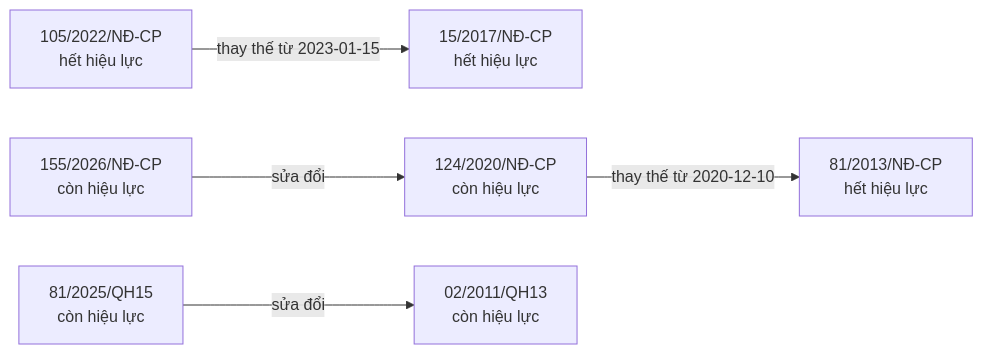
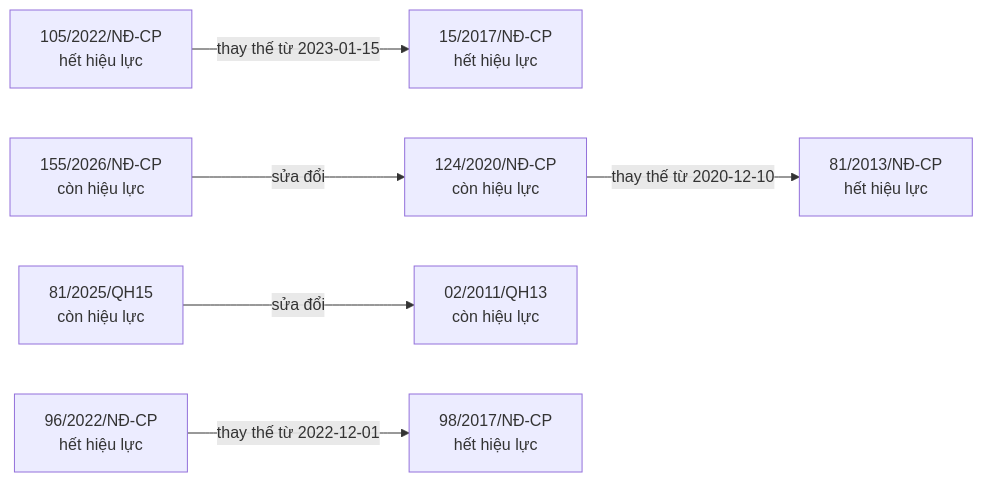
Before and after one commit to ozvietnam/oz-wiki-plhq: the first of 9 diagrams in bao-cao/quan-he.md, drawn with Mermaid. The commit also changed other lines of this file and 7 other files, not shown here.

````diff
--- a/bao-cao/quan-he.md
+++ b/bao-cao/quan-he.md
@@ -7,14 +7,17 @@
 ```mermaid
 flowchart LR
   n_105_2022_N__CP["105/2022/NĐ-CP<br/>hết hiệu lực"]
   n_15_2017_N__CP["15/2017/NĐ-CP<br/>hết hiệu lực"]
   n_124_2020_N__CP["124/2020/NĐ-CP<br/>còn hiệu lực"]
   n_81_2013_N__CP["81/2013/NĐ-CP<br/>hết hiệu lực"]
   n_155_2026_N__CP["155/2026/NĐ-CP<br/>còn hiệu lực"]
   n_81_2025_QH15["81/2025/QH15<br/>còn hiệu lực"]
   n_02_2011_QH13["02/2011/QH13<br/>còn hiệu lực"]
+  n_96_2022_N__CP["96/2022/NĐ-CP<br/>hết hiệu lực"]
+  n_98_2017_N__CP["98/2017/NĐ-CP<br/>hết hiệu lực"]
   n_105_2022_N__CP -->|thay thế từ 2023-01-15| n_15_2017_N__CP
   n_124_2020_N__CP -->|thay thế từ 2020-12-10| n_81_2013_N__CP
   n_155_2026_N__CP -->|sửa đổi| n_124_2020_N__CP
   n_81_2025_QH15 -->|sửa đổi| n_02_2011_QH13
+  n_96_2022_N__CP -->|thay thế từ 2022-12-01| n_98_2017_N__CP
 ```
````
